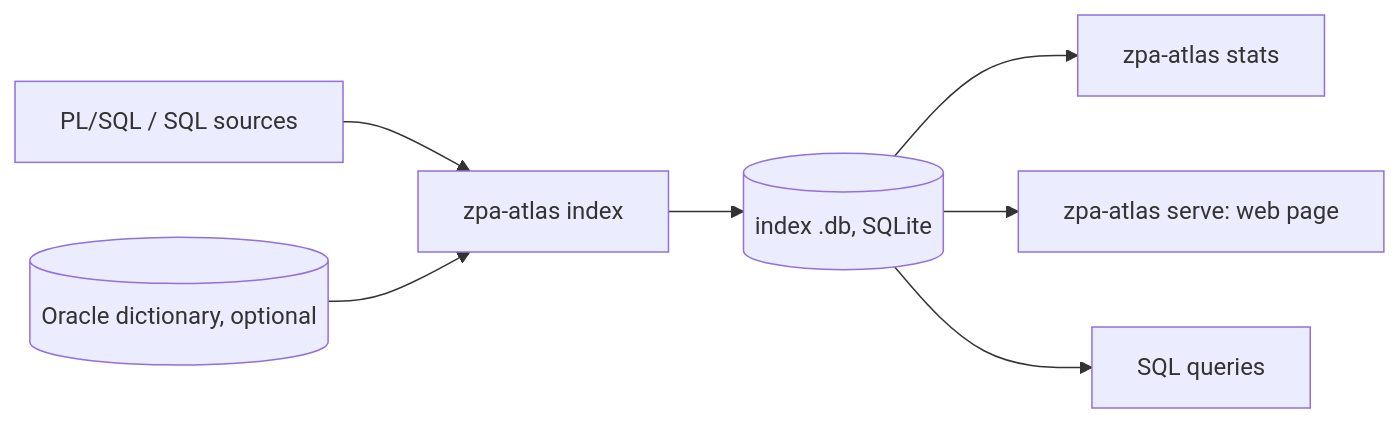
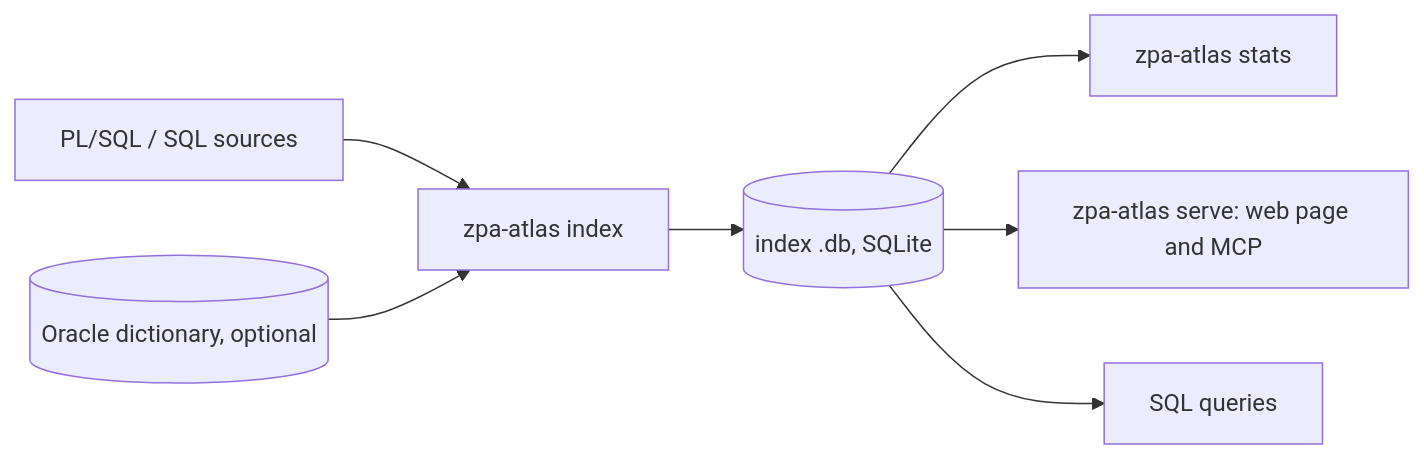
One commit to felipebz/zpa-atlas changed the diagram in README.md. Above: the diagram before and after it, drawn with Mermaid. The commit also changed other lines of this file and 7 other files, not shown here.

````diff
--- a/README.md
+++ b/README.md
@@ -31,9 +27,9 @@
 ```mermaid
 flowchart LR
   S[PL/SQL / SQL sources] --> I[zpa-atlas index]
   D[(Oracle dictionary, optional)] --> I
   I --> F[(index .db, SQLite)]
   F --> T[zpa-atlas stats]
-  F --> W[zpa-atlas serve: web page]
+  F --> W[zpa-atlas serve: web page and MCP]
   F --> Q[SQL queries]
 ```
````
